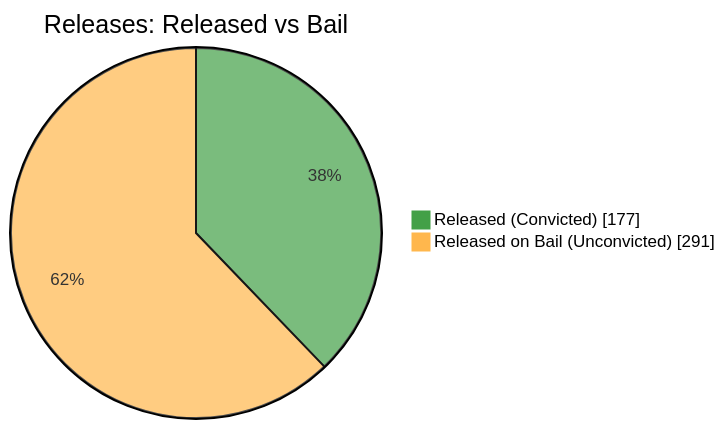
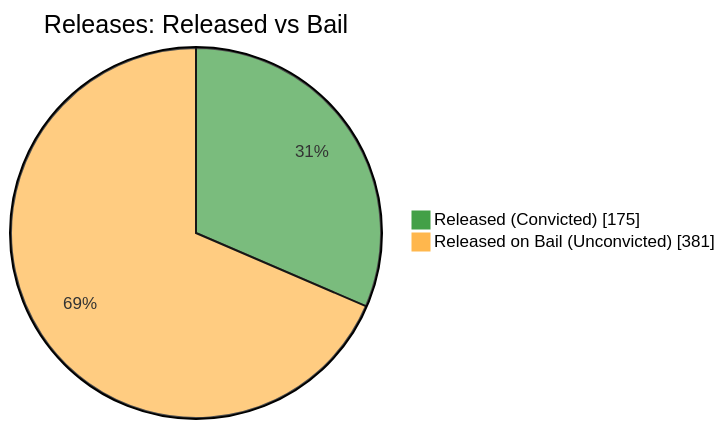
Before and after one commit to nuuuwan/lk_prisons: the fifth of 7 diagrams in README.md, drawn with Mermaid. The commit also changed other lines of this file and 1 other file, not shown here.

````diff
--- a/README.md
+++ b/README.md
@@ -87,6 +87,6 @@
 ```mermaid
 %%{init: {'themeVariables': {'pie1': '#43A047', 'pie2': '#FFB74D'}}}%%
 pie showData title Releases: Released vs Bail
-    "Released (Convicted)" : 177
-    "Released on Bail (Unconvicted)" : 291
+    "Released (Convicted)" : 175
+    "Released on Bail (Unconvicted)" : 381
 ```
````
